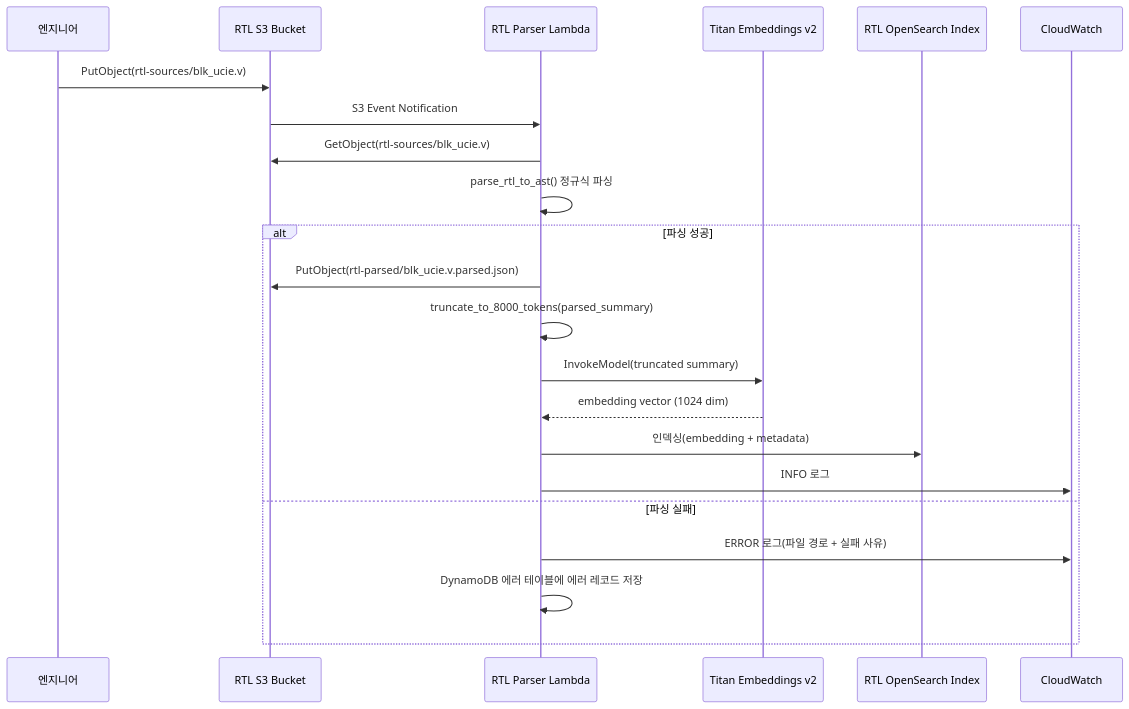
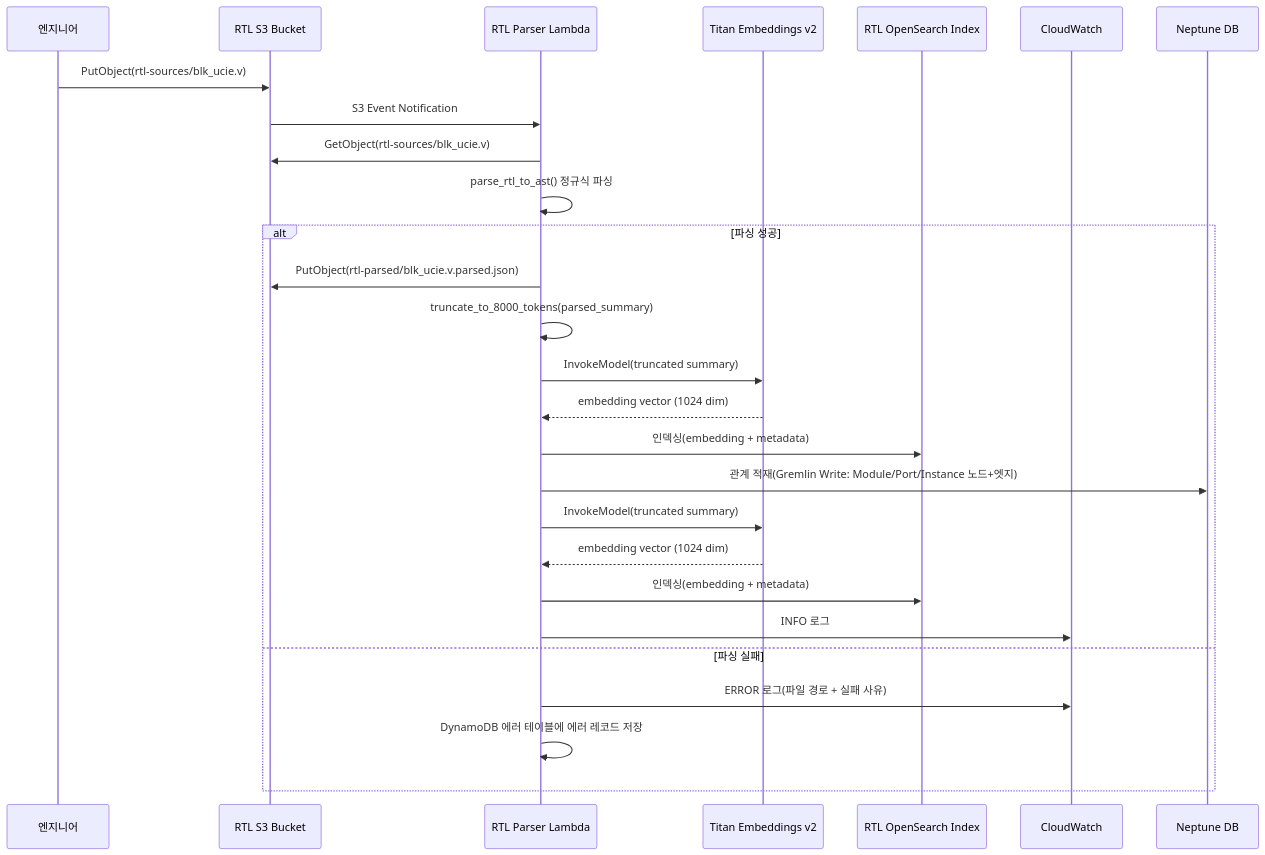
Before and after one commit to yota0227/aws_private_rag-public-: the second of 5 diagrams in .kiro/specs/8_enhanced-rag-optimization/design.md, drawn with Mermaid. The commit also changed other lines of this file and 8 other files, not shown here.

First line of the commit message:
fix: apply architecture review - Neptune diagrams, Write IAM, SG rules, Fallback, Property 25

````diff
--- a/.kiro/specs/8_enhanced-rag-optimization/design.md
+++ b/.kiro/specs/8_enhanced-rag-optimization/design.md
@@ -105,25 +112,30 @@
 ```mermaid
 sequenceDiagram
     participant Eng as 엔지니어
     participant RTL_S3 as RTL S3 Bucket
     participant Parser as RTL Parser Lambda
     participant Titan as Titan Embeddings v2
     participant RTL_OS as RTL OpenSearch Index
     participant CW as CloudWatch
+    participant Neptune as Neptune DB
 
     Eng->>RTL_S3: PutObject(rtl-sources/blk_ucie.v)
     RTL_S3->>Parser: S3 Event Notification
     Parser->>RTL_S3: GetObject(rtl-sources/blk_ucie.v)
     Parser->>Parser: parse_rtl_to_ast() 정규식 파싱
     alt 파싱 성공
         Parser->>RTL_S3: PutObject(rtl-parsed/blk_ucie.v.parsed.json)
         Parser->>Parser: truncate_to_8000_tokens(parsed_summary)
         Parser->>Titan: InvokeModel(truncated summary)
         Titan-->>Parser: embedding vector (1024 dim)
         Parser->>RTL_OS: 인덱싱(embedding + metadata)
+        Parser->>Neptune: 관계 적재(Gremlin Write: Module/Port/Instance 노드+엣지)
+        Parser->>Titan: InvokeModel(truncated summary)
+        Titan-->>Parser: embedding vector (1024 dim)
+        Parser->>RTL_OS: 인덱싱(embedding + metadata)
         Parser->>CW: INFO 로그
     else 파싱 실패
         Parser->>CW: ERROR 로그(파일 경로 + 실패 사유)
         Parser->>Parser: DynamoDB 에러 테이블에 에러 레코드 저장
     end
 ```
````
